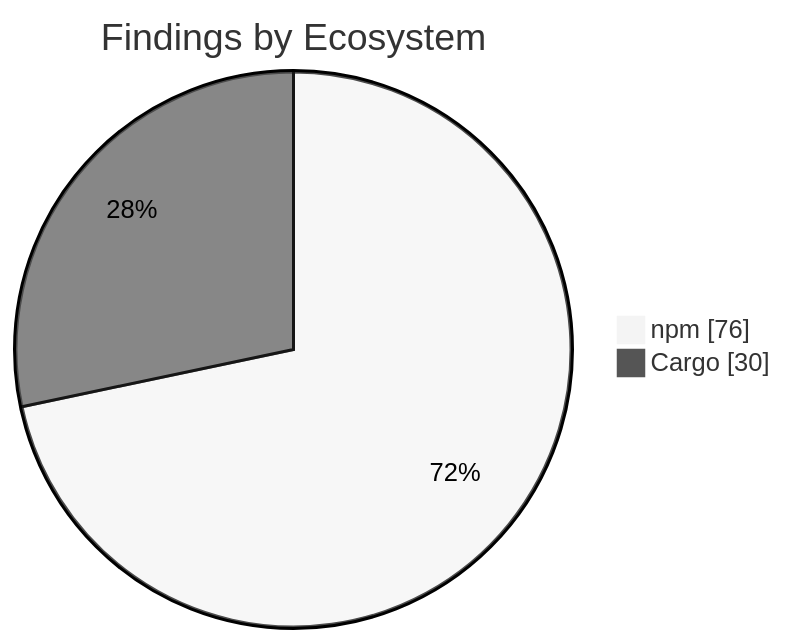
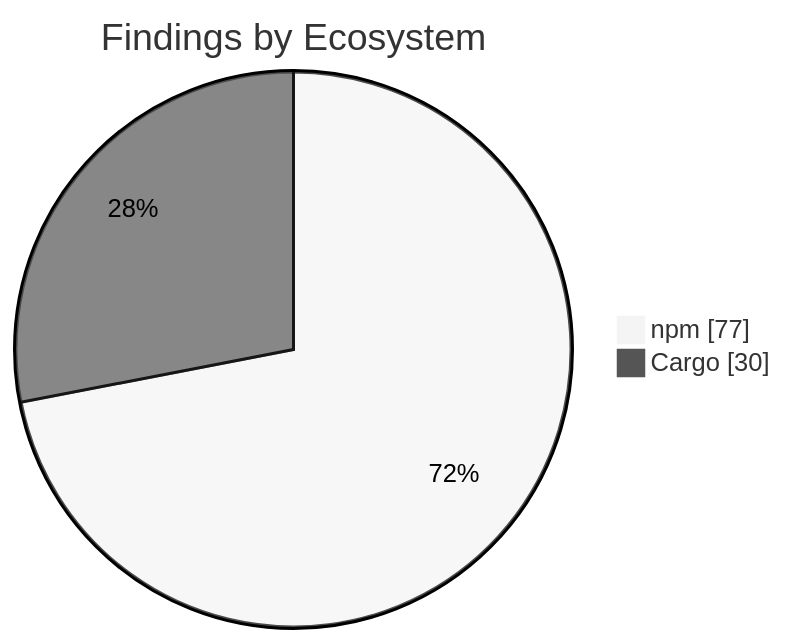
One commit to KBVE/kbve changed the second of 2 diagrams in apps/kbve/astro-kbve/src/content/docs/dashboard/security.mdx. Above: the diagram before and after it, drawn with Mermaid (neutral theme). The commit also changed other lines of this file and 8 other files, not shown here.

````diff
--- a/apps/kbve/astro-kbve/src/content/docs/dashboard/security.mdx
+++ b/apps/kbve/astro-kbve/src/content/docs/dashboard/security.mdx
@@ -73,6 +73,6 @@
 ```mermaid
 pie showData
     title Findings by Ecosystem
-    "npm" : 76
+    "npm" : 77
     "Cargo" : 30
 ```
````
